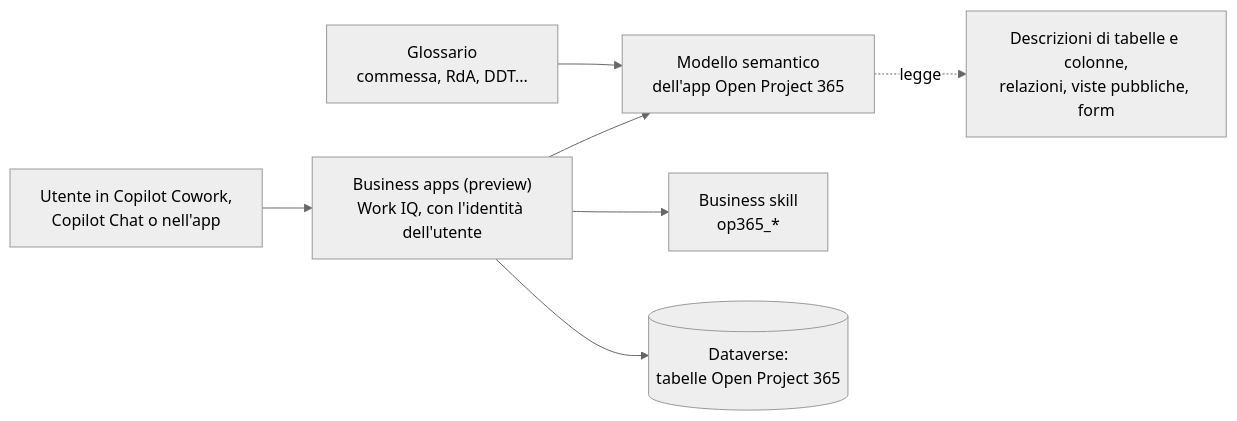
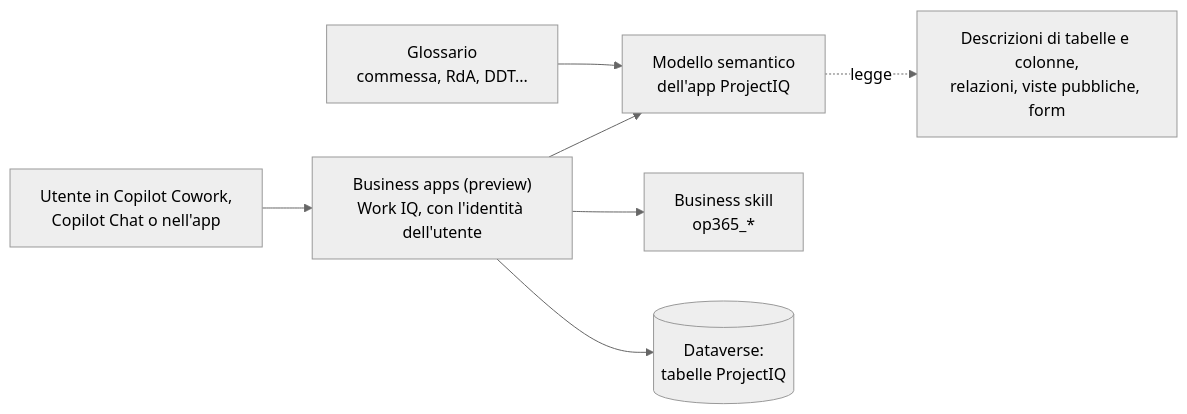
Before and after one commit to Power-Builders-Italia/ProjectIQ: the first of 2 diagrams in docs/it/copilot.md, drawn with Mermaid (neutral theme). The commit also changed other lines of this file and 84 other files, not shown here.

First line of the commit message:
Rebrand product from Open Project 365 to ProjectIQ (#52)

````diff
--- a/docs/it/copilot.md
+++ b/docs/it/copilot.md
@@ -14,9 +14,9 @@
 ```mermaid
 flowchart LR
     U[Utente in Copilot Cowork,<br/>Copilot Chat o nell'app] --> W["Business apps (preview)<br/>Work IQ, con l'identità dell'utente"]
-    W --> SM[Modello semantico<br/>dell'app Open Project 365]
+    W --> SM[Modello semantico<br/>dell'app ProjectIQ]
     W --> BS[Business skill<br/>op365_*]
-    W --> D[(Dataverse:<br/>tabelle Open Project 365)]
+    W --> D[(Dataverse:<br/>tabelle ProjectIQ)]
     SM -. legge .-> M[Descrizioni di tabelle e colonne,<br/>relazioni, viste pubbliche, form]
     G[Glossario<br/>commessa, RdA, DDT...] --> SM
 ```
````
